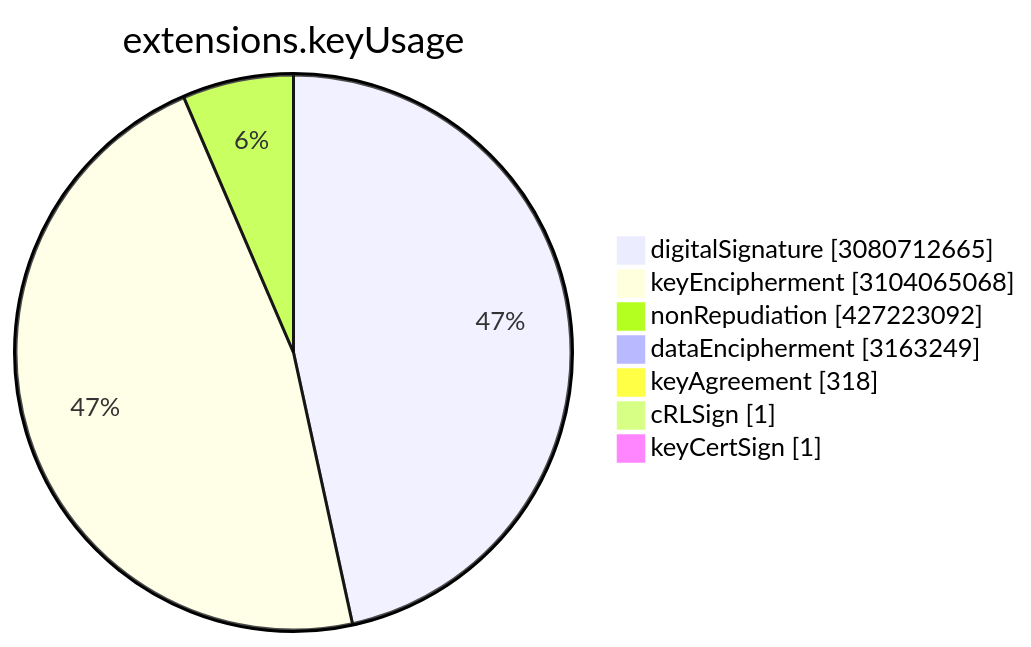
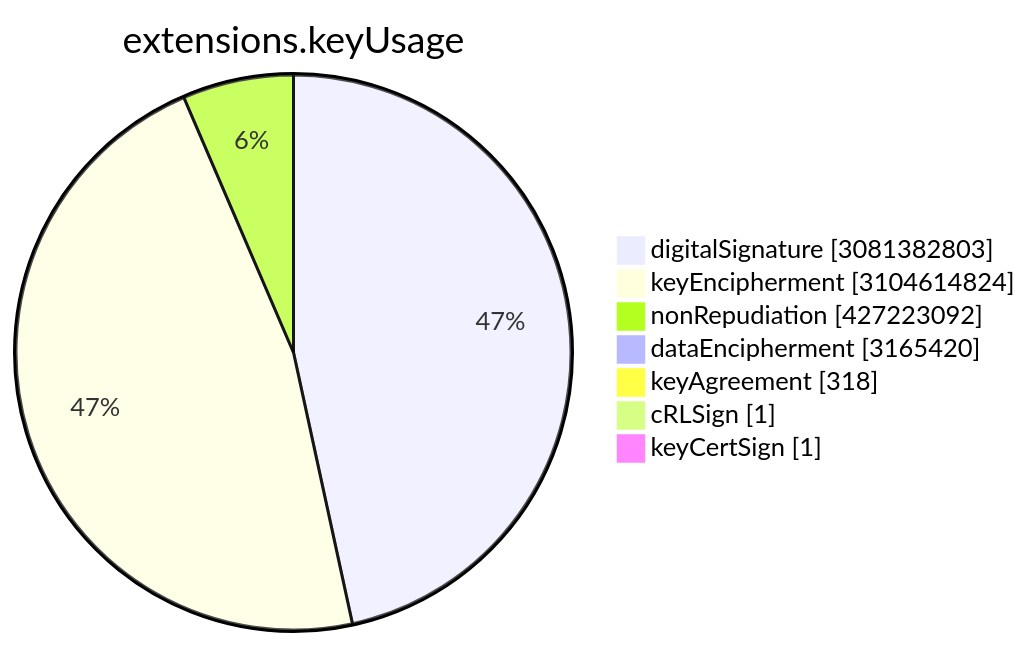
The sixth of 15 diagrams in TOTAL/README.md (christiankrug/ctmonitor_visualization), drawn with Mermaid before and after one commit. The commit also changed other lines of this file, not shown here.

````diff
--- a/TOTAL/README.md
+++ b/TOTAL/README.md
@@ -3075,11 +3075,11 @@
 ```mermaid
 pie showData
 title extensions.keyUsage
-"digitalSignature" :3080712665
-"keyEncipherment" :3104065068
+"digitalSignature" :3081382803
+"keyEncipherment" :3104614824
 "nonRepudiation" :427223092
-"dataEncipherment" :3163249
+"dataEncipherment" :3165420
 "keyAgreement" :318
 "cRLSign" :1
 "keyCertSign" :1
 ```
````
